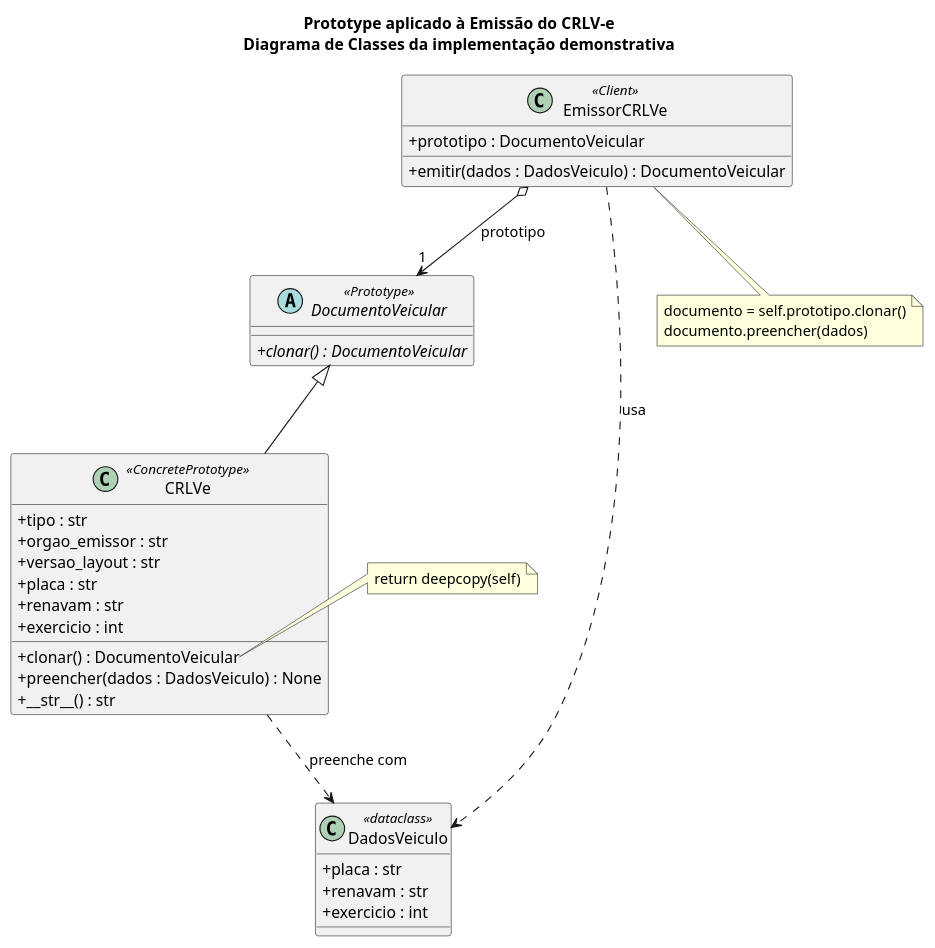
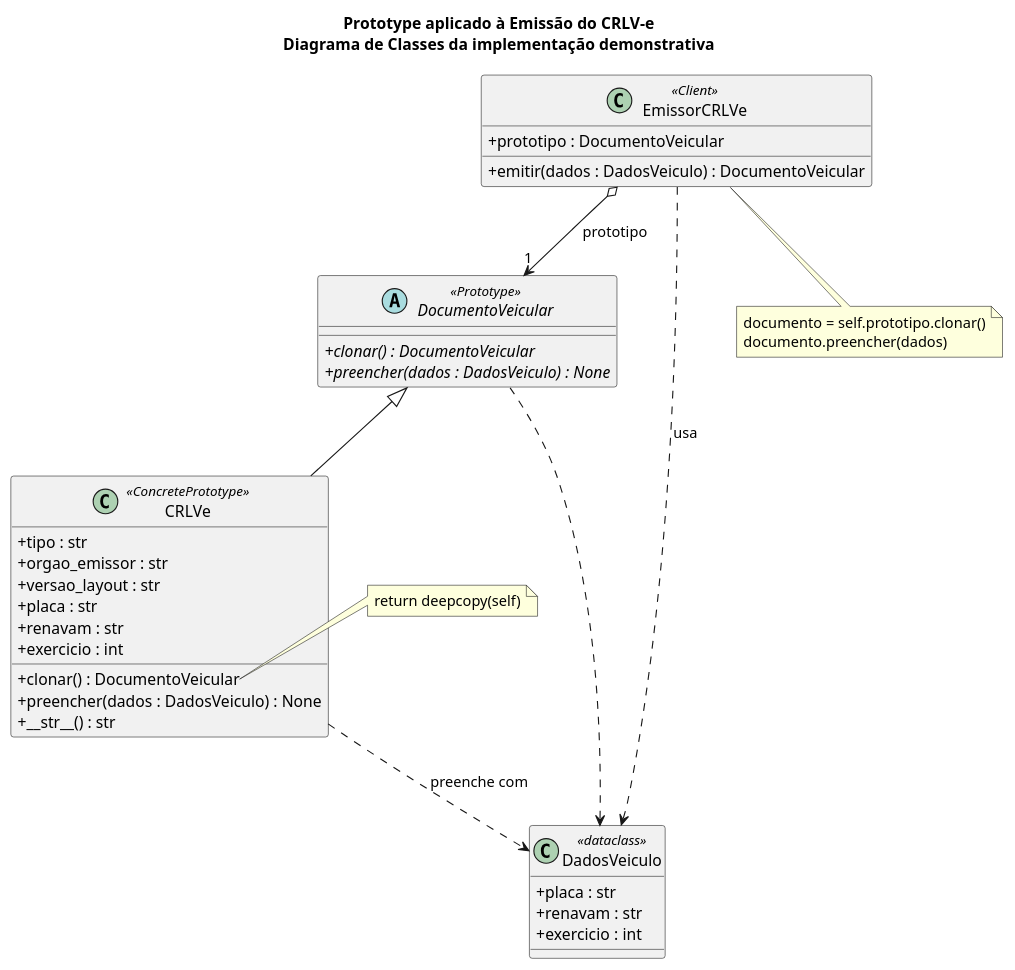
The diagram in docs/Base/Relatorios/SubEquipe_01/Yuri/uml/prototype_classes_simplificado.puml (UnBArqDsw2026-2-Turma02/2026.2-T02-_G6_ProjetoAplicativoMovel_Entrega03), drawn with PlantUML before and after one commit. The commit also changed 1 other file, not shown here.

Commit message:
refactor: Declaração de preencher() na abstração do Prototype.

```diff
--- a/docs/Base/Relatorios/SubEquipe_01/Yuri/uml/prototype_classes_simplificado.puml
+++ b/docs/Base/Relatorios/SubEquipe_01/Yuri/uml/prototype_classes_simplificado.puml
@@ -1,45 +1,47 @@
 @startuml
 title Prototype aplicado à Emissão do CRLV-e\nDiagrama de Classes da implementação demonstrativa
 skinparam classAttributeIconSize 0
 
 abstract class DocumentoVeicular <<Prototype>> {
   + {abstract} clonar() : DocumentoVeicular
+  + {abstract} preencher(dados : DadosVeiculo) : None
 }
 
 class CRLVe <<ConcretePrototype>> {
   + tipo : str
   + orgao_emissor : str
   + versao_layout : str
   + placa : str
   + renavam : str
   + exercicio : int
   + clonar() : DocumentoVeicular
   + preencher(dados : DadosVeiculo) : None
   + __str__() : str
 }
 
 class EmissorCRLVe <<Client>> {
   + prototipo : DocumentoVeicular
   + emitir(dados : DadosVeiculo) : DocumentoVeicular
 }
 
 class DadosVeiculo <<dataclass>> {
   + placa : str
   + renavam : str
   + exercicio : int
 }
 
 DocumentoVeicular <|-- CRLVe
 EmissorCRLVe o--> "1" DocumentoVeicular : prototipo
 EmissorCRLVe ..> DadosVeiculo : usa
+DocumentoVeicular ..> DadosVeiculo
 CRLVe ..> DadosVeiculo : preenche com
 
 note right of CRLVe::clonar
   return deepcopy(self)
 end note
 
 note bottom of EmissorCRLVe
   documento = self.prototipo.clonar()
   documento.preencher(dados)
 end note
 @enduml
```
